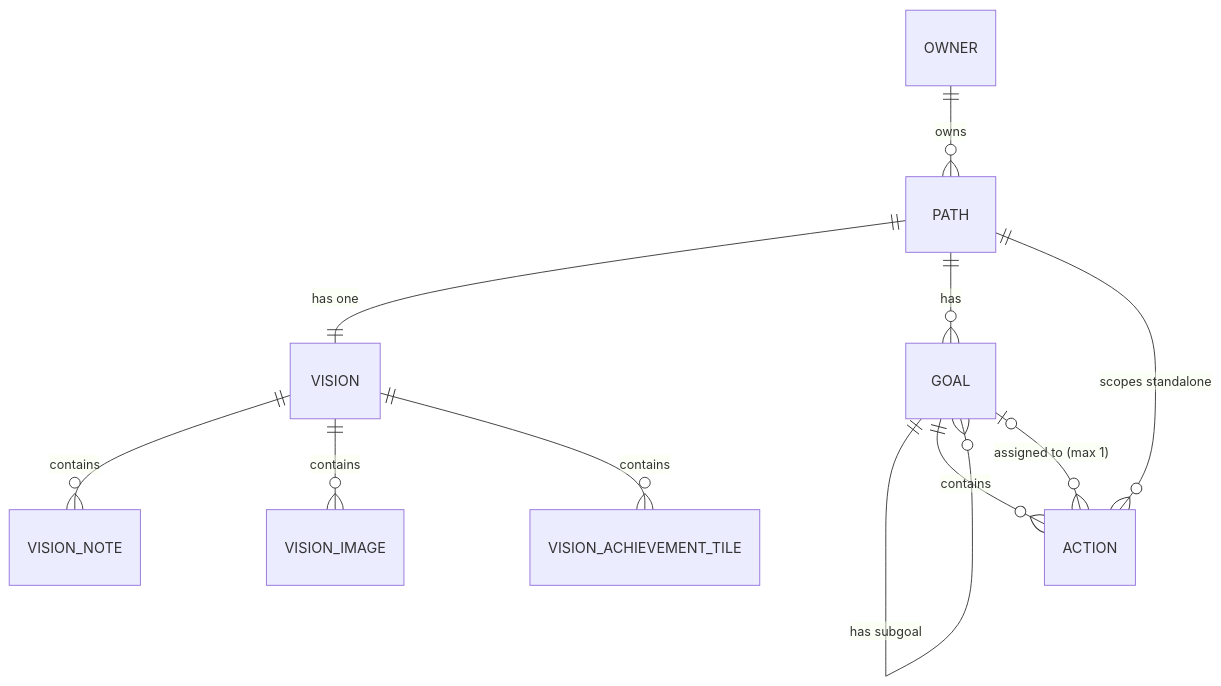
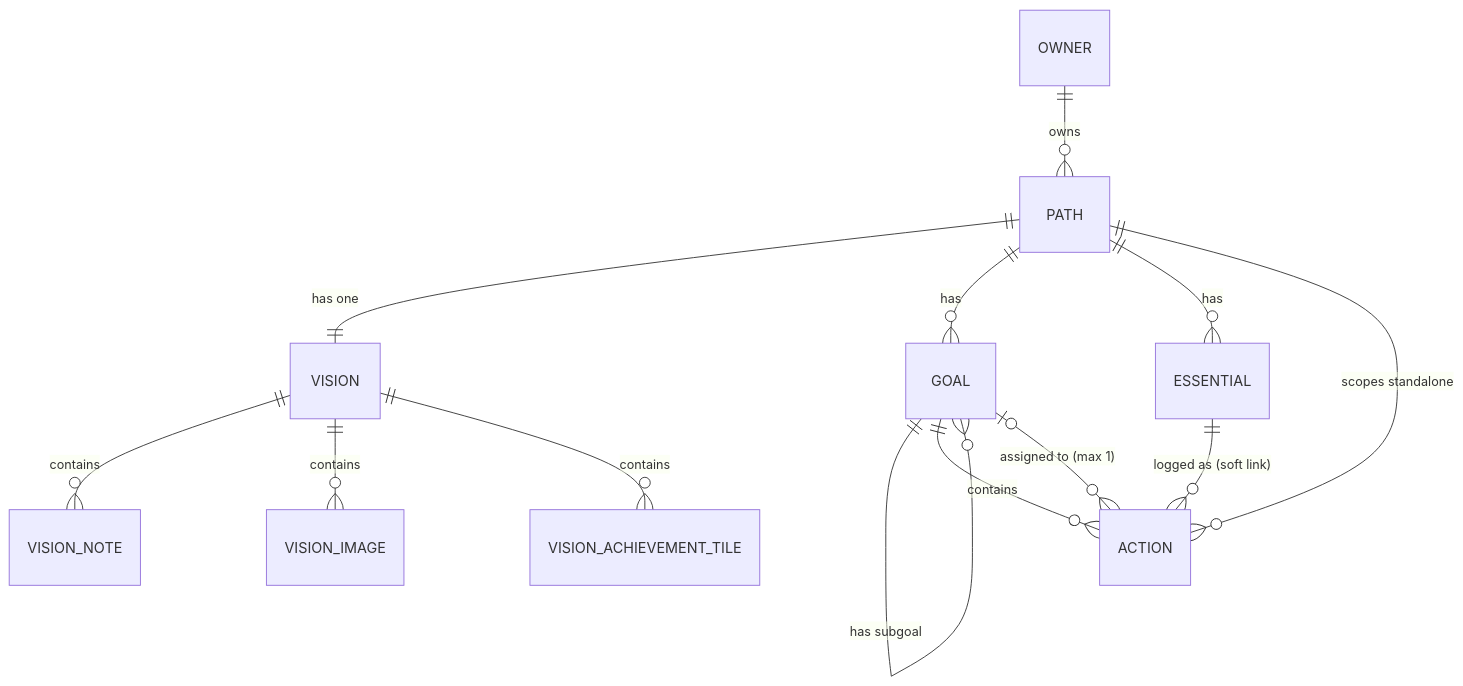
The diagram in docs/ENTITY_MAP.md (marekbrze/bricks), drawn with Mermaid before and after one commit. The commit also changed other lines of this file and 6 other files, not shown here.

````diff
--- a/docs/ENTITY_MAP.md
+++ b/docs/ENTITY_MAP.md
@@ -7,13 +7,15 @@
 ```mermaid
 erDiagram
     OWNER ||--o{ PATH : owns
     PATH ||--|| VISION : "has one"
     PATH ||--o{ GOAL : "has"
+    PATH ||--o{ ESSENTIAL : "has"
     PATH ||--o{ ACTION : "scopes standalone"
     VISION ||--o{ VISION_NOTE : contains
     VISION ||--o{ VISION_IMAGE : contains
     VISION ||--o{ VISION_ACHIEVEMENT_TILE : contains
     GOAL ||--o{ GOAL : "has subgoal"
     GOAL ||--o{ ACTION : contains
+    ESSENTIAL ||--o{ ACTION : "logged as (soft link)"
     ACTION }o--o| GOAL : "assigned to (max 1)"
 ```
````
